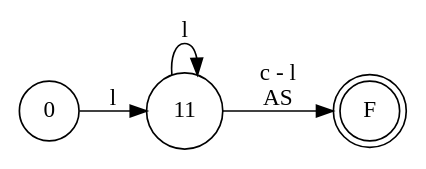
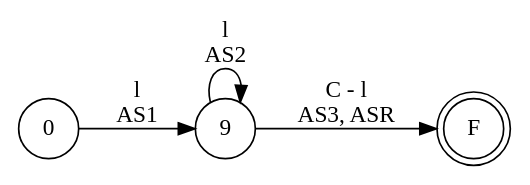
The diagram in resources/FA/FADiagrams/reservedWords.dot (iroumec/RouVel-Compiler), drawn with Graphviz before and after one commit. The commit also changed 32 other files, not shown here.

```diff
--- a/resources/FA/FADiagrams/reservedWords.dot
+++ b/resources/FA/FADiagrams/reservedWords.dot
@@ -1,9 +1,9 @@
 digraph DFA {
     rankdir = LR;
     node [shape = circle;];
     F [shape = doublecircle;];
     
-    0 -> 11 [label = "l";];
-    11 -> 11 [label = "l";];
-    11 -> F [label = "c - l \n AS";];
+    0 -> 9 [label = "l \n AS1";];
+    9 -> 9 [label = "l \n AS2";];
+    9 -> F [label = "C - l \n AS3, ASR";];
 }
```
